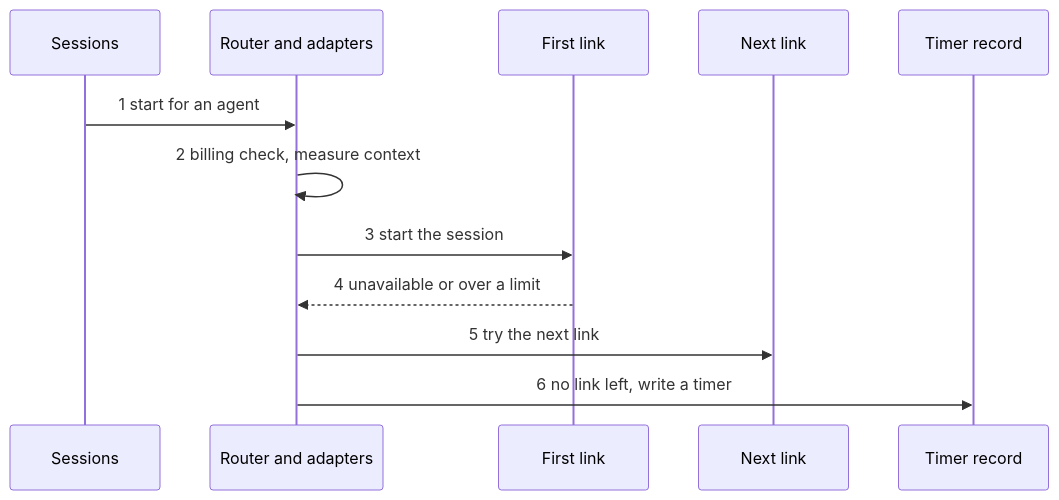
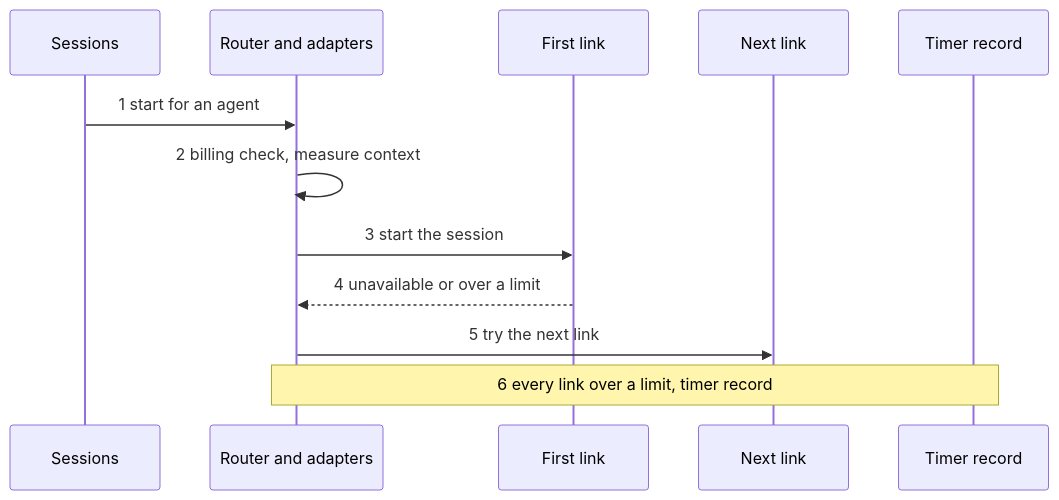
One commit to rdevitto86/komodo-agentic-harness-coding changed diagram 20 of 45 in docs/hld.md. Above: the diagram before and after it, drawn with Mermaid. The commit also changed other lines of this file, not shown here.

````diff
--- a/docs/hld.md
+++ b/docs/hld.md
@@ -1018,14 +1023,14 @@
 ```mermaid
 sequenceDiagram
   participant S as Sessions
   participant P as Router and adapters
   participant L1 as First link
   participant L2 as Next link
   participant T as Timer record
   S->>P: 1 start for an agent
   P->>P: 2 billing check, measure context
   P->>L1: 3 start the session
   L1-->>P: 4 unavailable or over a limit
   P->>L2: 5 try the next link
-  P->>T: 6 no link left, write a timer
+  Note over P,T: 6 every link over a limit, timer record
 ```
````
